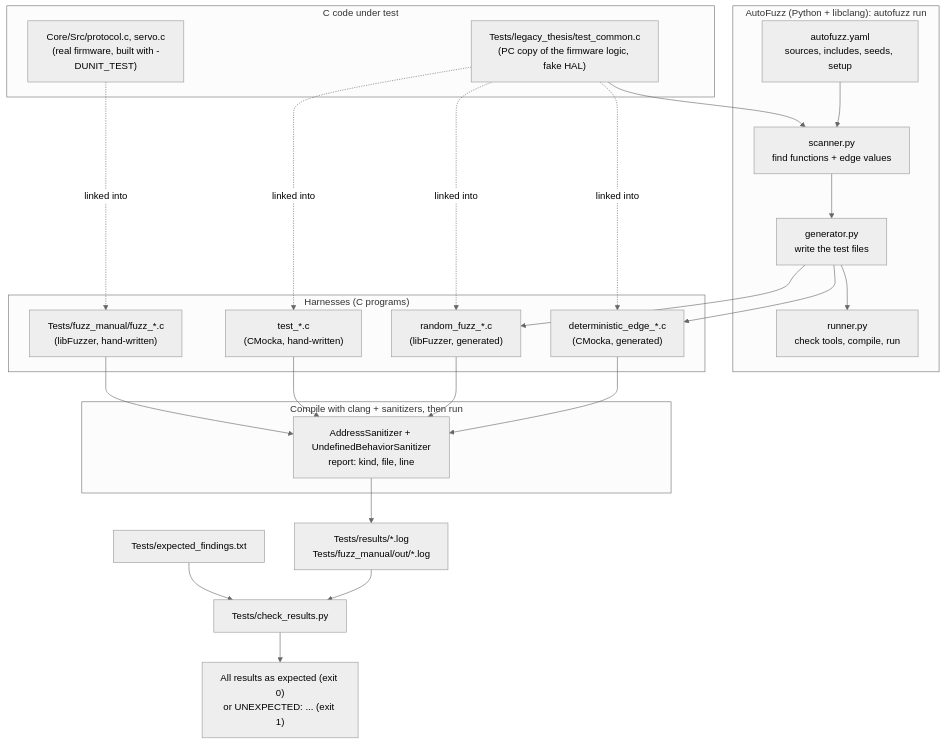
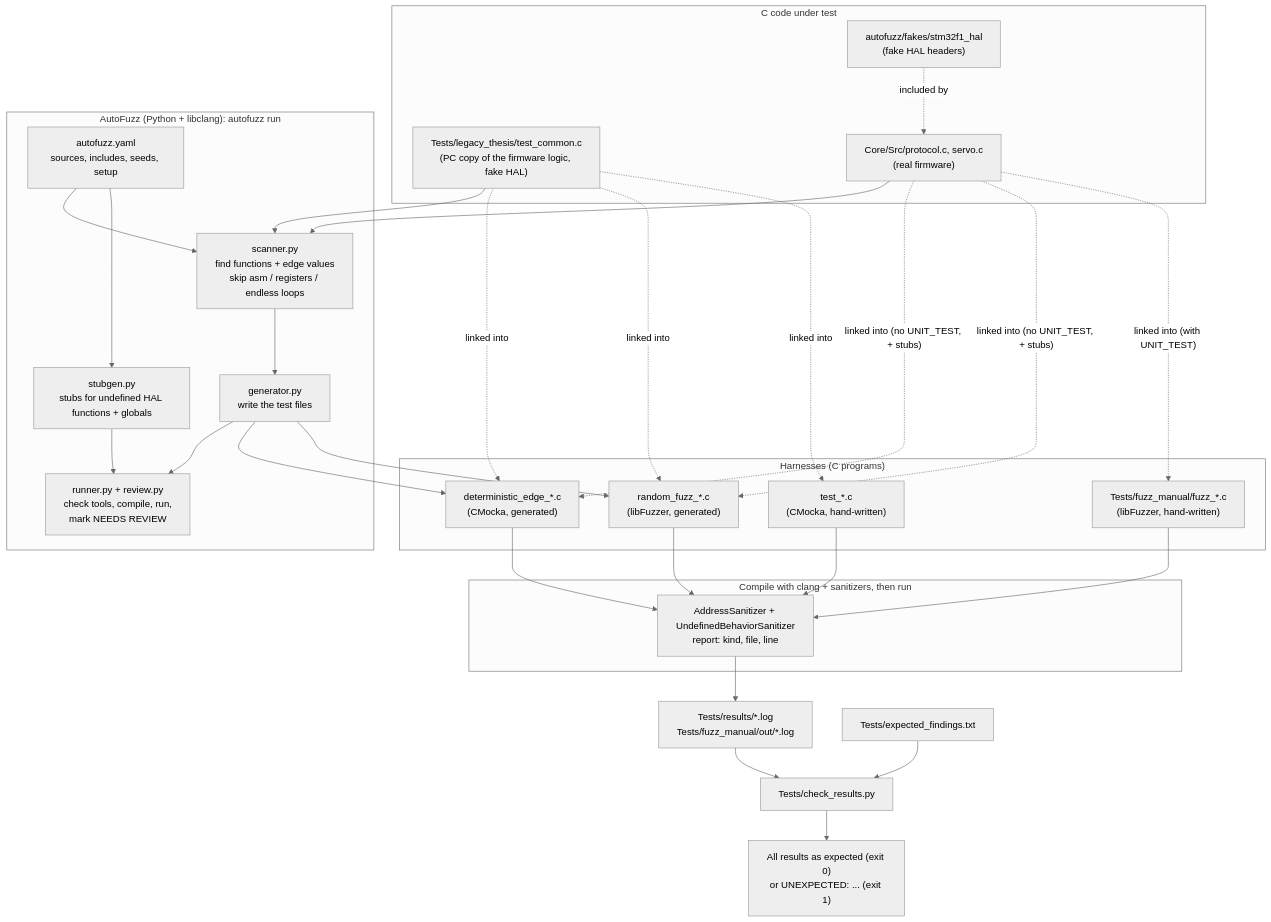
Before and after one commit to ChrisDaskalos/Autofuzz_Framework: the diagram in docs/ARCHITECTURE.md, drawn with Mermaid (neutral theme). The commit also changed other lines of this file and 6 other files, not shown here.

First line of the commit message:
Docs for M4: real sources, stubs, skips, needs review; tick M4

````diff
--- a/docs/ARCHITECTURE.md
+++ b/docs/ARCHITECTURE.md
@@ -9,45 +9,52 @@
 ```mermaid
 flowchart TD
     subgraph SRC["C code under test"]
         COPY["Tests/legacy_thesis/test_common.c<br/>(PC copy of the firmware logic, fake HAL)"]
-        REAL["Core/Src/protocol.c, servo.c<br/>(real firmware, built with -DUNIT_TEST)"]
+        REAL["Core/Src/protocol.c, servo.c<br/>(real firmware)"]
+        FAKE["autofuzz/fakes/stm32f1_hal<br/>(fake HAL headers)"]
     end
 
     subgraph GEN["AutoFuzz (Python + libclang): autofuzz run"]
         YAML["autofuzz.yaml<br/>sources, includes, seeds, setup"]
-        SCAN["scanner.py<br/>find functions + edge values"]
+        SCAN["scanner.py<br/>find functions + edge values<br/>skip asm / registers / endless loops"]
+        STUB["stubgen.py<br/>stubs for undefined HAL functions + globals"]
         GENPY["generator.py<br/>write the test files"]
-        RUNPY["runner.py<br/>check tools, compile, run"]
+        RUNPY["runner.py + review.py<br/>check tools, compile, run,<br/>mark NEEDS REVIEW"]
         YAML --> SCAN --> GENPY --> RUNPY
+        YAML --> STUB --> RUNPY
     end
 
     subgraph HARN["Harnesses (C programs)"]
         EDGE["deterministic_edge_*.c<br/>(CMocka, generated)"]
         RAND["random_fuzz_*.c<br/>(libFuzzer, generated)"]
         UNIT["test_*.c<br/>(CMocka, hand-written)"]
         MAN["Tests/fuzz_manual/fuzz_*.c<br/>(libFuzzer, hand-written)"]
     end
 
     COPY --> SCAN
+    REAL --> SCAN
+    FAKE -. included by .-> REAL
     GENPY --> EDGE
     GENPY --> RAND
 
     COPY -. linked into .-> EDGE
     COPY -. linked into .-> RAND
+    REAL -. "linked into (no UNIT_TEST, + stubs)" .-> EDGE
+    REAL -. "linked into (no UNIT_TEST, + stubs)" .-> RAND
     COPY -. linked into .-> UNIT
-    REAL -. linked into .-> MAN
+    REAL -. "linked into (with UNIT_TEST)" .-> MAN
 
     subgraph RUN["Compile with clang + sanitizers, then run"]
         SAN["AddressSanitizer + UndefinedBehaviorSanitizer<br/>report: kind, file, line"]
     end
 
     EDGE --> SAN
     RAND --> SAN
     UNIT --> SAN
     MAN --> SAN
 
     SAN --> LOGS["Tests/results/*.log<br/>Tests/fuzz_manual/out/*.log"]
     LOGS --> CHECK["Tests/check_results.py"]
     EXP["Tests/expected_findings.txt"] --> CHECK
     CHECK --> OUT["All results as expected (exit 0)<br/>or UNEXPECTED: ... (exit 1)"]
 ```
````
